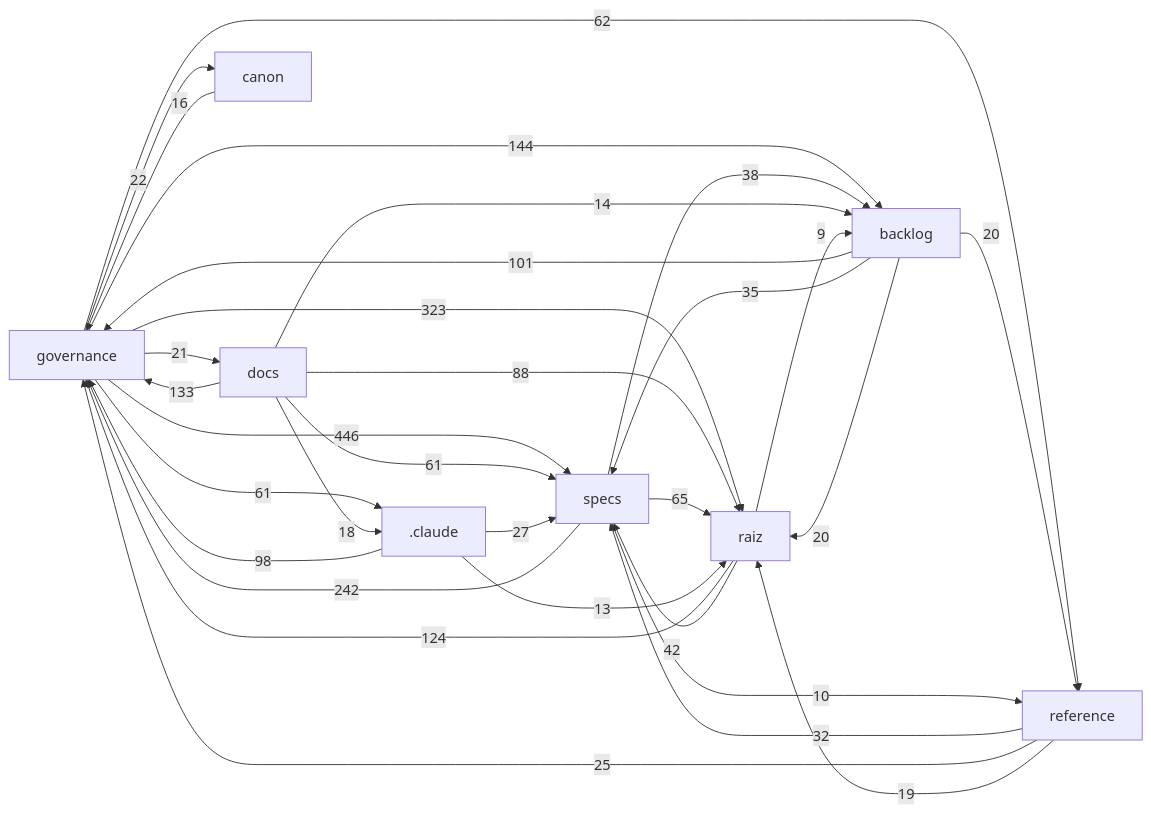
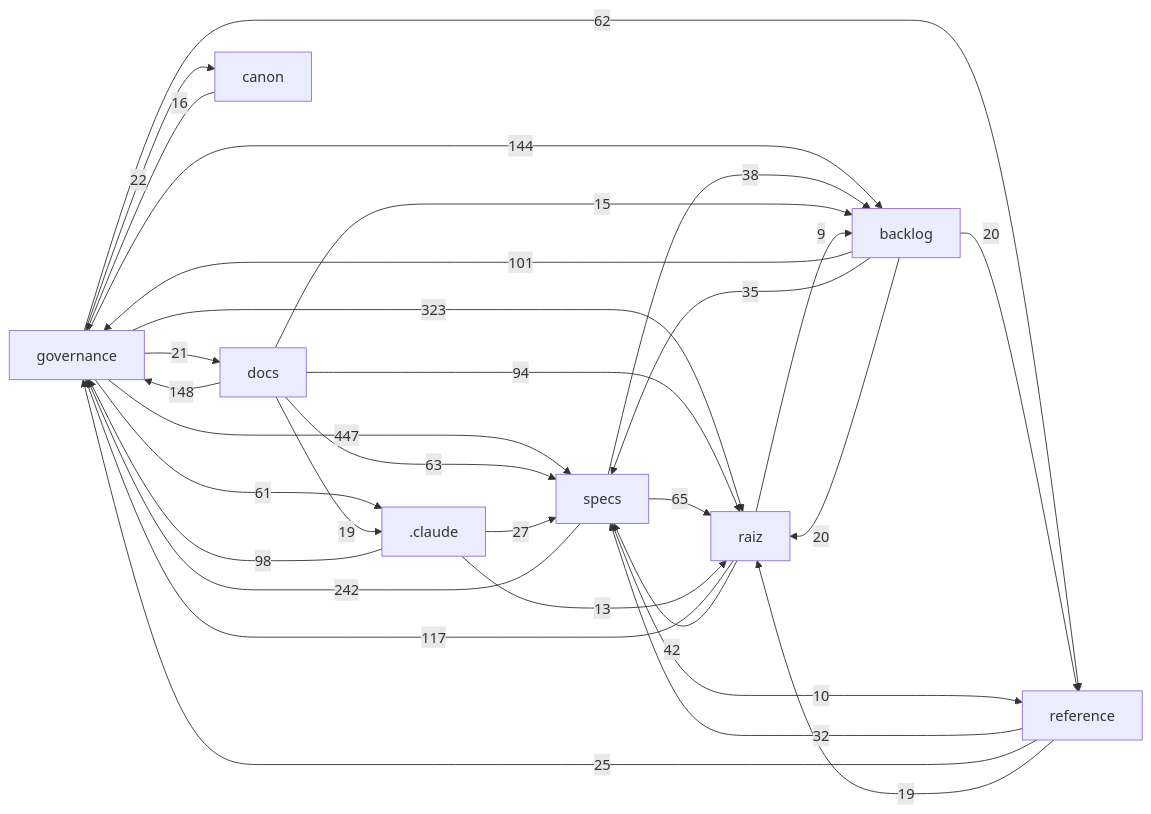
Before and after one commit to Andraus35/Sistema-Operacional-de-Trading--SOT: the diagram in docs/mapa/MAPA-PROJETO.md, drawn with Mermaid. The commit also changed other lines of this file and 4 other files, not shown here.

````diff
--- a/docs/mapa/MAPA-PROJETO.md
+++ b/docs/mapa/MAPA-PROJETO.md
@@ -29,33 +29,33 @@
 ```mermaid
 flowchart LR
-  governance["governance"] -->|446| specs["specs"]
+  governance["governance"] -->|447| specs["specs"]
   governance["governance"] -->|323| raiz["raiz"]
   specs["specs"] -->|242| governance["governance"]
+  docs["docs"] -->|148| governance["governance"]
   governance["governance"] -->|144| backlog["backlog"]
-  docs["docs"] -->|133| governance["governance"]
-  raiz["raiz"] -->|124| governance["governance"]
+  raiz["raiz"] -->|117| governance["governance"]
   backlog["backlog"] -->|101| governance["governance"]
   _claude[".claude"] -->|98| governance["governance"]
-  docs["docs"] -->|88| raiz["raiz"]
+  docs["docs"] -->|94| raiz["raiz"]
   specs["specs"] -->|65| raiz["raiz"]
+  docs["docs"] -->|63| specs["specs"]
   governance["governance"] -->|62| reference["reference"]
-  docs["docs"] -->|61| specs["specs"]
   governance["governance"] -->|61| _claude[".claude"]
   raiz["raiz"] -->|42| specs["specs"]
   specs["specs"] -->|38| backlog["backlog"]
   backlog["backlog"] -->|35| specs["specs"]
   reference["reference"] -->|32| specs["specs"]
   _claude[".claude"] -->|27| specs["specs"]
   reference["reference"] -->|25| governance["governance"]
   governance["governance"] -->|22| canon["canon"]
   governance["governance"] -->|21| docs["docs"]
   backlog["backlog"] -->|20| raiz["raiz"]
   backlog["backlog"] -->|20| reference["reference"]
+  docs["docs"] -->|19| _claude[".claude"]
   reference["reference"] -->|19| raiz["raiz"]
-  docs["docs"] -->|18| _claude[".claude"]
   canon["canon"] -->|16| governance["governance"]
-  docs["docs"] -->|14| backlog["backlog"]
+  docs["docs"] -->|15| backlog["backlog"]
   _claude[".claude"] -->|13| raiz["raiz"]
   specs["specs"] -->|10| reference["reference"]
   raiz["raiz"] -->|9| backlog["backlog"]
 ```
````
